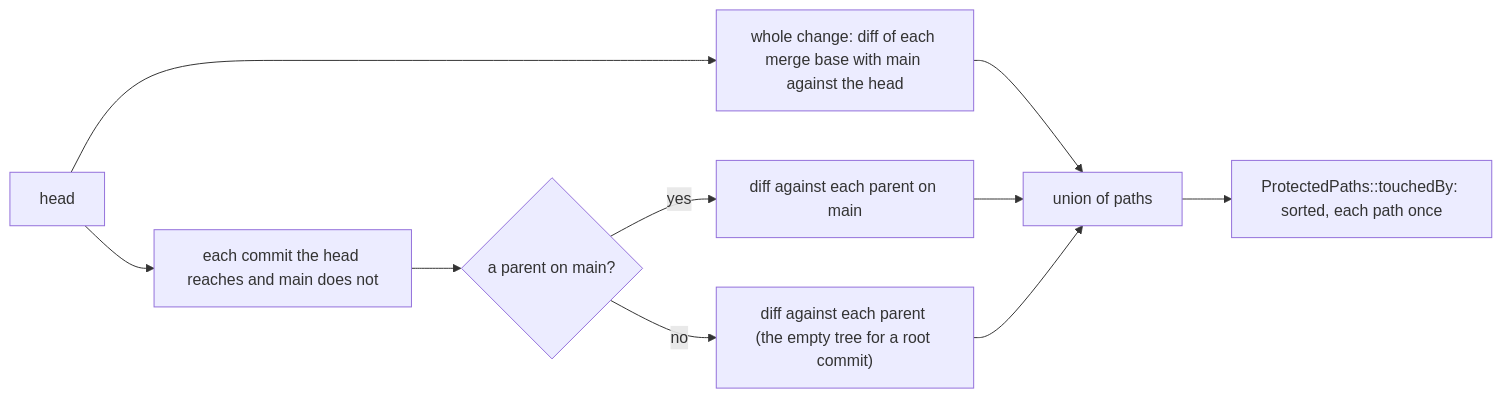
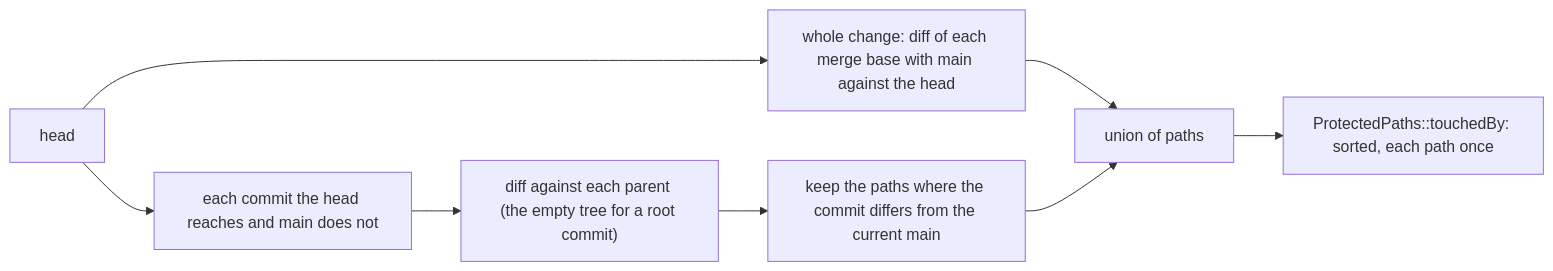
One commit to shinyredapples/intakt changed the diagram in docs/architecture/protected-paths.md. Above: the diagram before and after it, drawn with Mermaid. The commit also changed other lines of this file and 9 other files, not shown here.

Commit message:
fix(git): compare each commit with every parent and refuse a shallow history

````diff
--- a/docs/architecture/protected-paths.md
+++ b/docs/architecture/protected-paths.md
@@ -11,12 +11,10 @@
 ```mermaid
 flowchart LR
     H[head] --> W["whole change: diff of each merge base with main against the head"]
     H --> C["each commit the head reaches and main does not"]
-    C --> P{"a parent on main?"}
-    P -- yes --> PM["diff against each parent on main"]
-    P -- no --> PA["diff against each parent (the empty tree for a root commit)"]
+    C --> PA["diff against each parent (the empty tree for a root commit)"]
+    PA --> M["keep the paths where the commit differs from the current main"]
     W --> U[union of paths]
-    PM --> U
-    PA --> U
+    M --> U
     U --> L["ProtectedPaths::touchedBy: sorted, each path once"]
 ```
````
